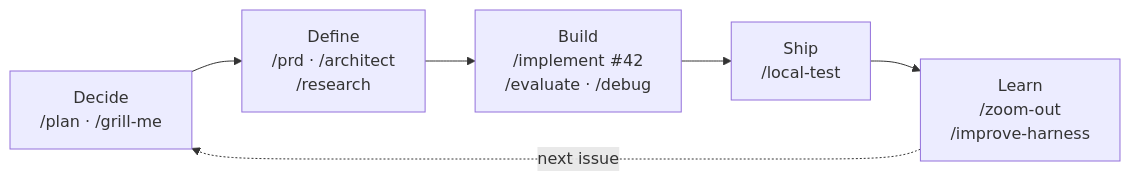
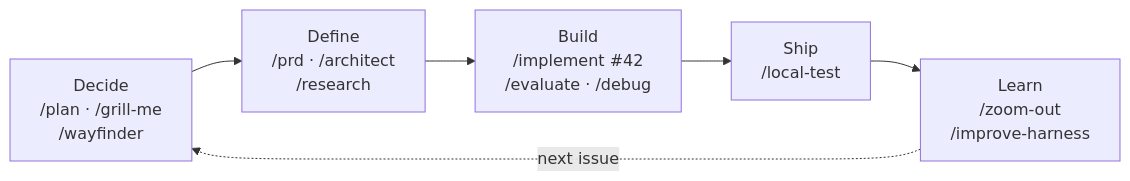
The second of 3 diagrams in README.md (anudeeps28/claude-code-harness), drawn with Mermaid before and after one commit. The commit also changed other lines of this file, not shown here.

First line of the commit message:
docs(readme): place /wayfinder in the Decide phase + document its handoff

````diff
--- a/README.md
+++ b/README.md
@@ -89,11 +91,11 @@
 ```mermaid
 flowchart LR
-    D["Decide<br/>/plan · /grill-me"]
+    D["Decide<br/>/plan · /grill-me<br/>/wayfinder"]
     Def["Define<br/>/prd · /architect<br/>/research"]
     B["Build<br/>/implement #42<br/>/evaluate · /debug"]
     S["Ship<br/>/local-test"]
     L["Learn<br/>/zoom-out<br/>/improve-harness"]
 
     D --> Def --> B --> S --> L
     L -.->|"next issue"| D
 ```
````
